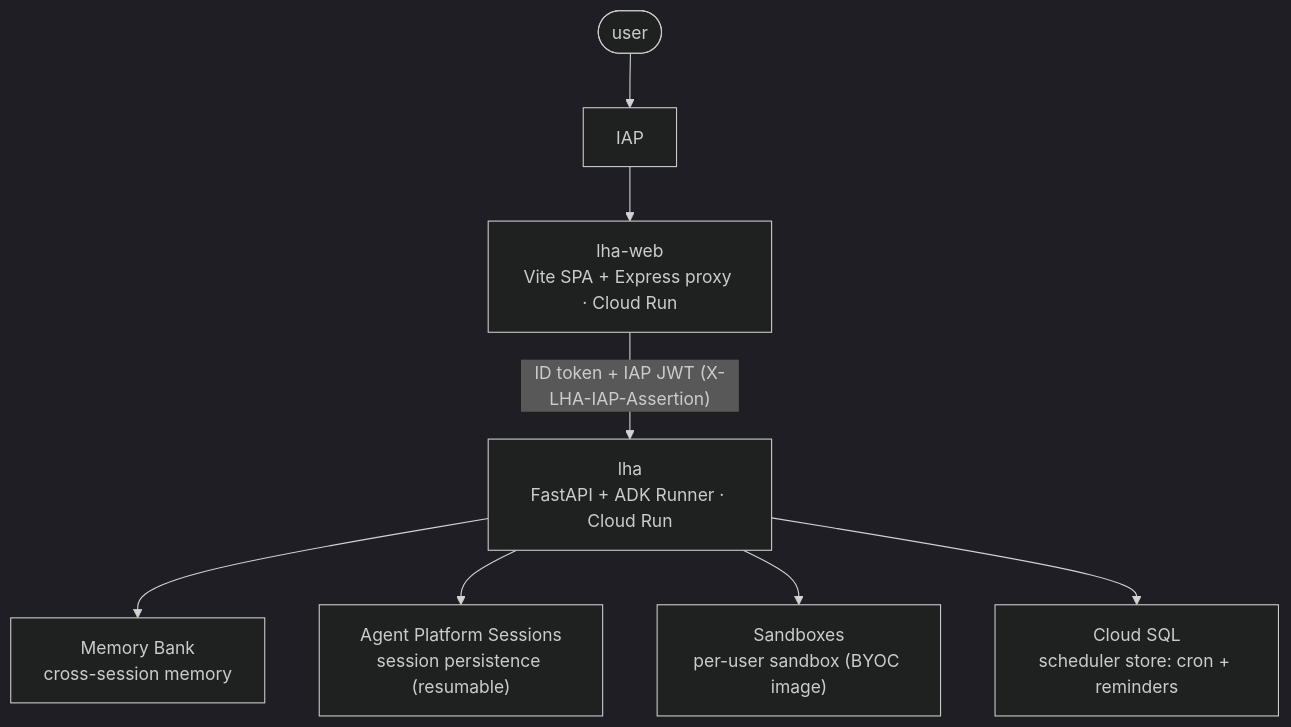
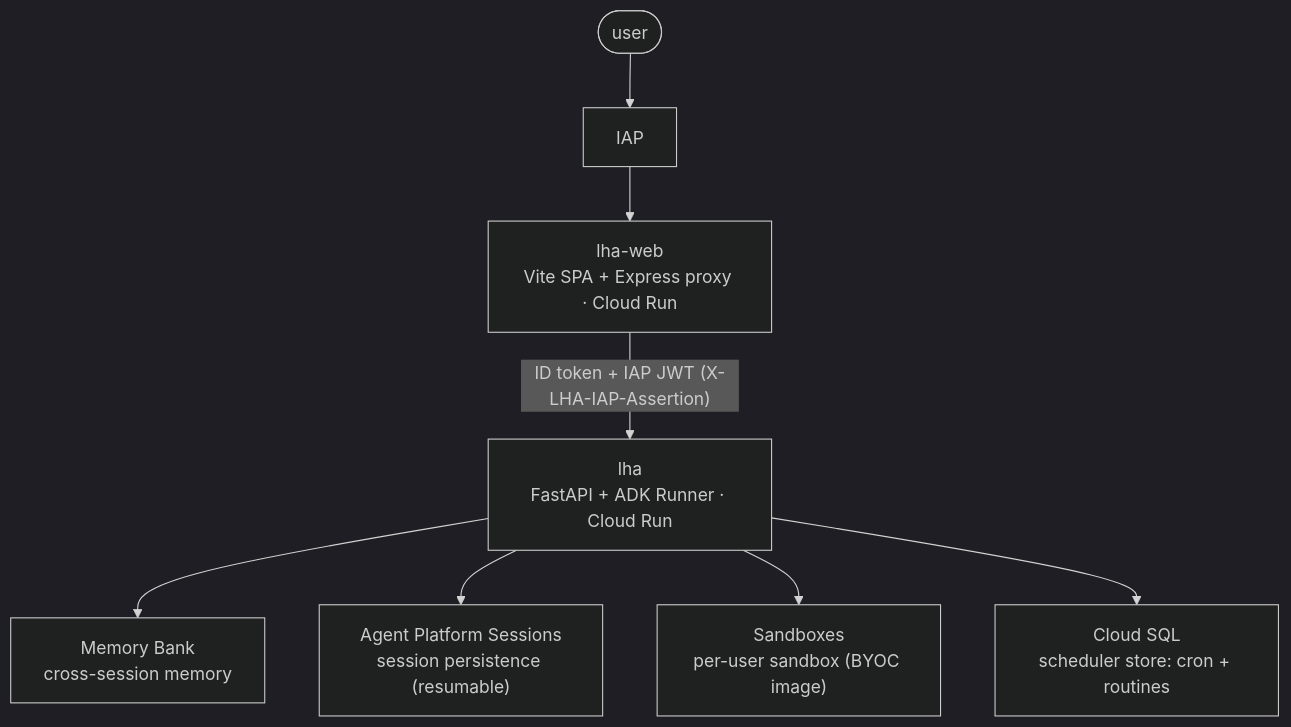
The second of 2 diagrams in core/python/long-horizon-harness/docs/architecture.md (google/adk-samples), drawn with Mermaid (dark theme) before and after one commit. The commit also changed other lines of this file and 62 other files, not shown here.

Commit message:
feat(long-horizon-harness): remove reminders, tighten tool schemas (#2542)

````diff
--- a/core/python/long-horizon-harness/docs/architecture.md
+++ b/core/python/long-horizon-harness/docs/architecture.md
@@ -198,25 +198,25 @@
 ```mermaid
 flowchart TB
     User(["user"])
     IAP["IAP"]
     Web["lha-web
 Vite SPA + Express proxy · Cloud Run"]
     Backend["lha
 FastAPI + ADK Runner · Cloud Run"]
 
     MemoryBank["Memory Bank
 cross-session memory"]
     AgentEngine["Agent Platform Sessions
 session persistence (resumable)"]
     AgentRuntime["Sandboxes
 per-user sandbox (BYOC image)"]
     CloudSQL["Cloud SQL
-scheduler store: cron + reminders"]
+scheduler store: cron + routines"]
 
     User --> IAP --> Web
     Web -->|"ID token + IAP JWT (X-LHA-IAP-Assertion)"| Backend
     Backend --> MemoryBank
     Backend --> AgentEngine
     Backend --> AgentRuntime
     Backend --> CloudSQL
 ```
````
